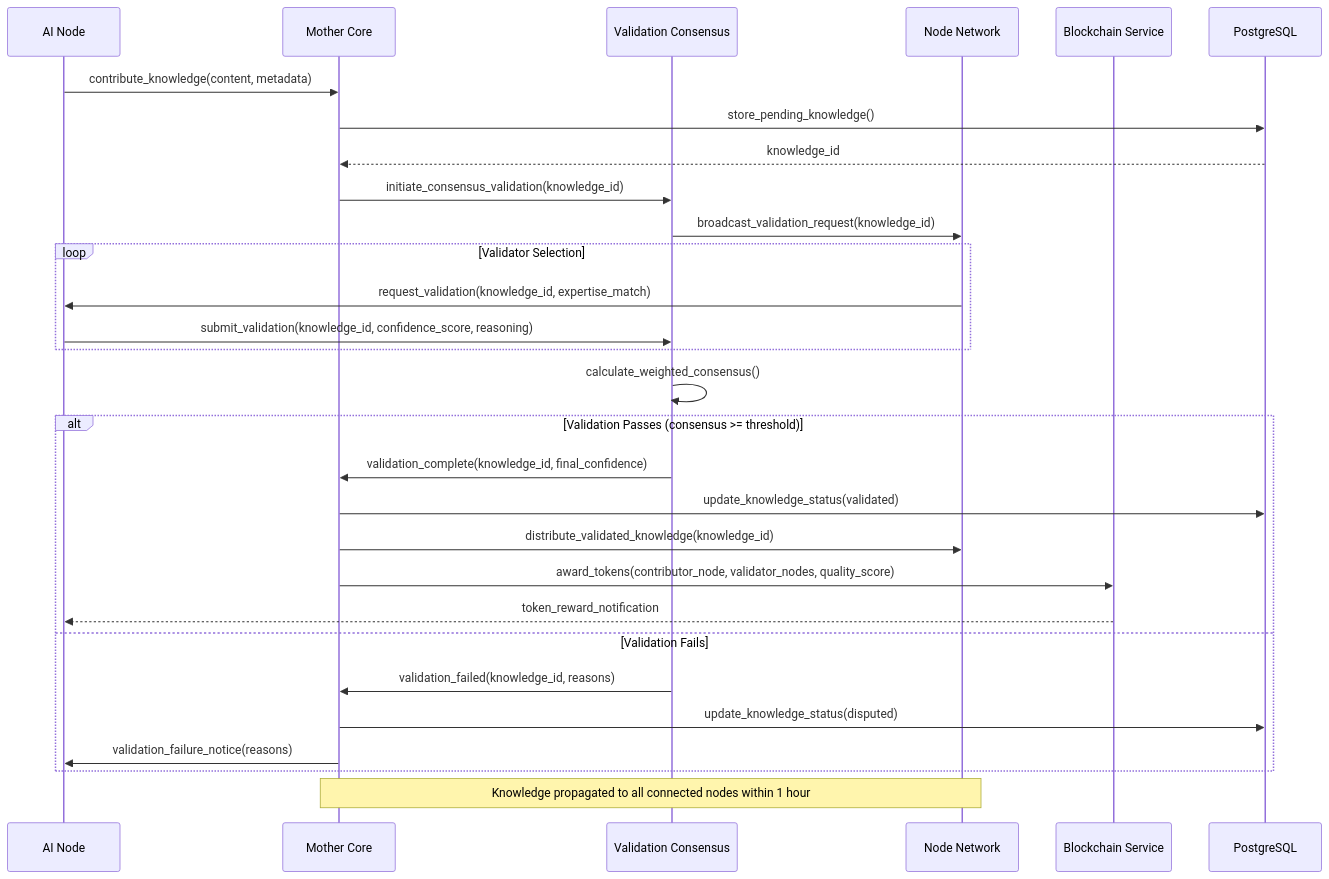
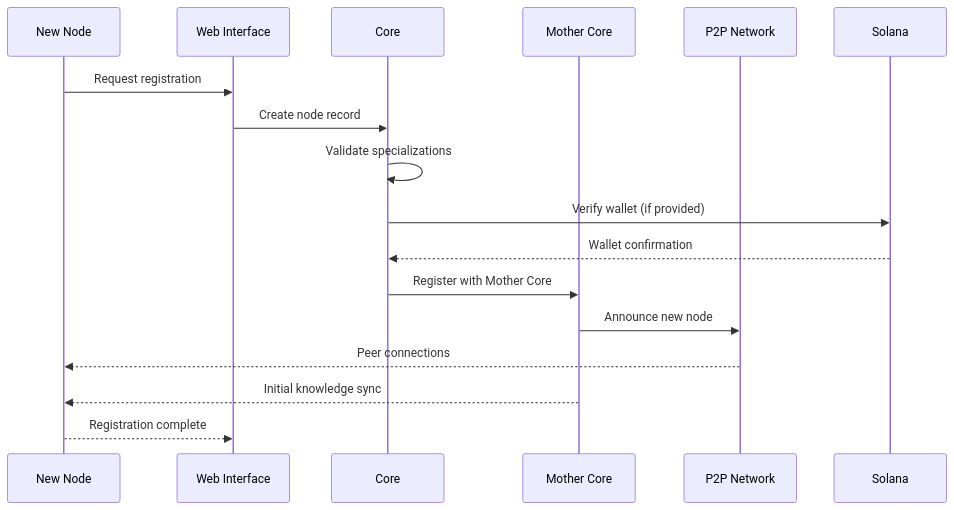
One commit to fodurrr/xpando_ai changed the first of 3 diagrams in docs/architecture/core-workflows.md. Above: the diagram before and after it, drawn with Mermaid. The commit also changed other lines of this file and 25 other files, not shown here.

First line of the commit message:
Update architecture documentation and dependency management

````diff
--- a/docs/architecture/core-workflows.md
+++ b/docs/architecture/core-workflows.md
@@ -9,37 +5,20 @@
 ```mermaid
 sequenceDiagram
-    participant N as AI Node
+    participant N as New Node
+    participant W as Web Interface
+    participant C as Core
     participant MC as Mother Core
-    participant VC as Validation Consensus
-    participant NN as Node Network
-    participant BC as Blockchain Service
-    participant DB as PostgreSQL
+    participant P2P as P2P Network
+    participant S as Solana
     
-    N->>MC: contribute_knowledge(content, metadata)
-    MC->>DB: store_pending_knowledge()
-    DB-->>MC: knowledge_id
-    
-    MC->>VC: initiate_consensus_validation(knowledge_id)
-    VC->>NN: broadcast_validation_request(knowledge_id)
-    
-    loop Validator Selection
-        NN->>N: request_validation(knowledge_id, expertise_match)
-        N->>VC: submit_validation(knowledge_id, confidence_score, reasoning)
-    end
-    
-    VC->>VC: calculate_weighted_consensus()
-    
-    alt Validation Passes (consensus >= threshold)
-        VC->>MC: validation_complete(knowledge_id, final_confidence)
-        MC->>DB: update_knowledge_status(validated)
-        MC->>NN: distribute_validated_knowledge(knowledge_id)
-        MC->>BC: award_tokens(contributor_node, validator_nodes, quality_score)
-        BC-->>N: token_reward_notification
-    else Validation Fails
-        VC->>MC: validation_failed(knowledge_id, reasons)
-        MC->>DB: update_knowledge_status(disputed)
-        MC->>N: validation_failure_notice(reasons)
-    end
-    
-    Note over MC, NN: Knowledge propagated to all connected nodes within 1 hour
+    N->>W: Request registration
+    W->>C: Create node record
+    C->>C: Validate specializations
+    C->>S: Verify wallet (if provided)
+    S-->>C: Wallet confirmation
+    C->>MC: Register with Mother Core
+    MC->>P2P: Announce new node
+    P2P-->>N: Peer connections
+    MC-->>N: Initial knowledge sync
+    N-->>W: Registration complete
 ```
````
